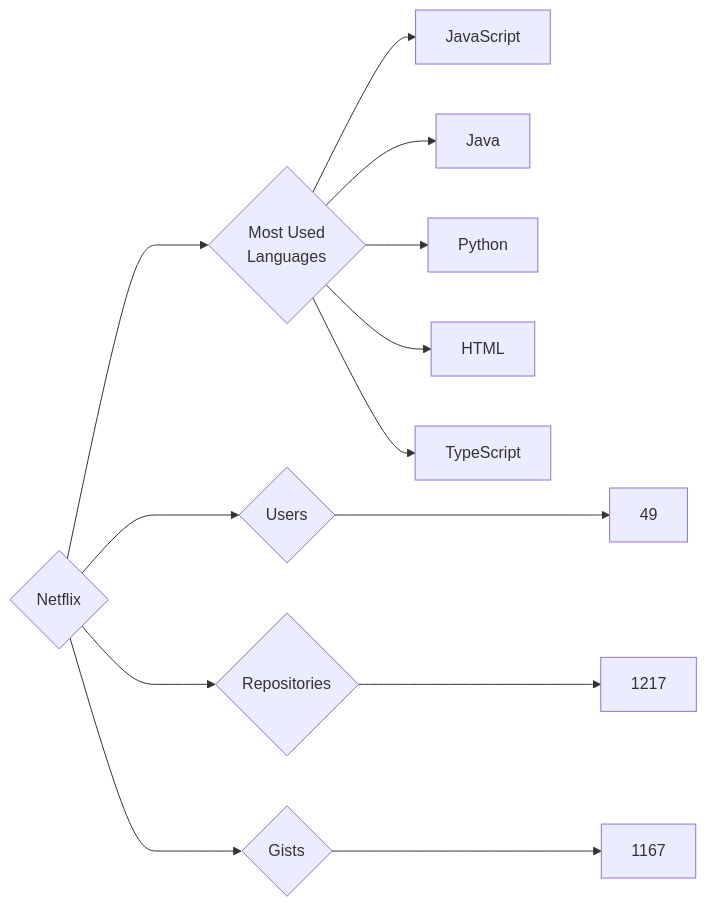
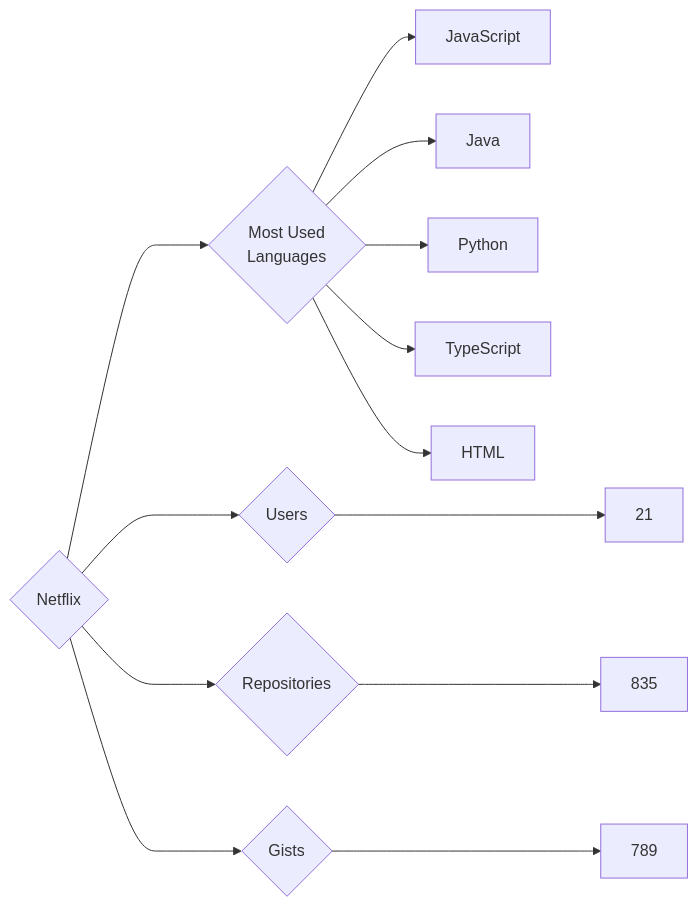
The diagram in targets/Netflix/README.md (trickest/insiders), drawn with Mermaid before and after one commit. The commit also changed 829 other files, not shown here.

````diff
--- a/targets/Netflix/README.md
+++ b/targets/Netflix/README.md
@@ -3,13 +3,13 @@
 ```mermaid
 graph LR
 COMPANY_NAME{Netflix}
-COMPANY_NAME ---> U{Users} ---> UN[49]
-COMPANY_NAME ---> R{Repositories} ---> RN[1217]
-COMPANY_NAME ---> G{Gists} ---> GN[1167]
+COMPANY_NAME ---> U{Users} ---> UN[21]
+COMPANY_NAME ---> R{Repositories} ---> RN[835]
+COMPANY_NAME ---> G{Gists} ---> GN[789]
 COMPANY_NAME ---> ML{Most Used<br>Languages}
 ML --> JavaScript[JavaScript]
 ML --> Java[Java]
 ML --> Python[Python]
+ML --> TypeScript[TypeScript]
 ML --> HTML[HTML]
-ML --> TypeScript[TypeScript]
 ```
````
